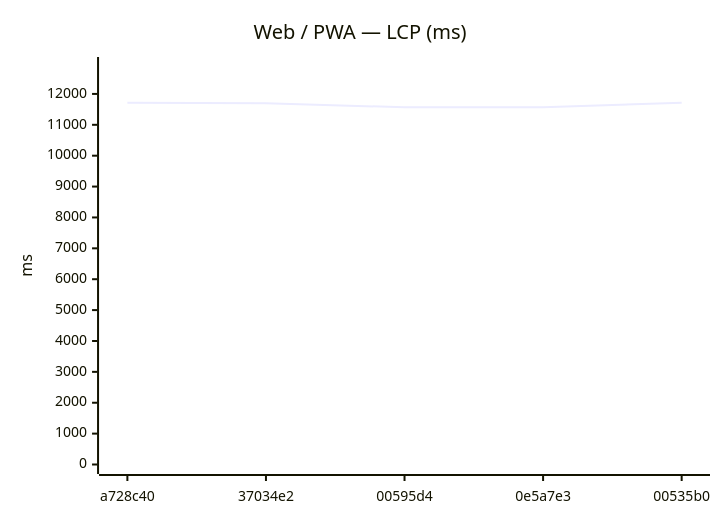
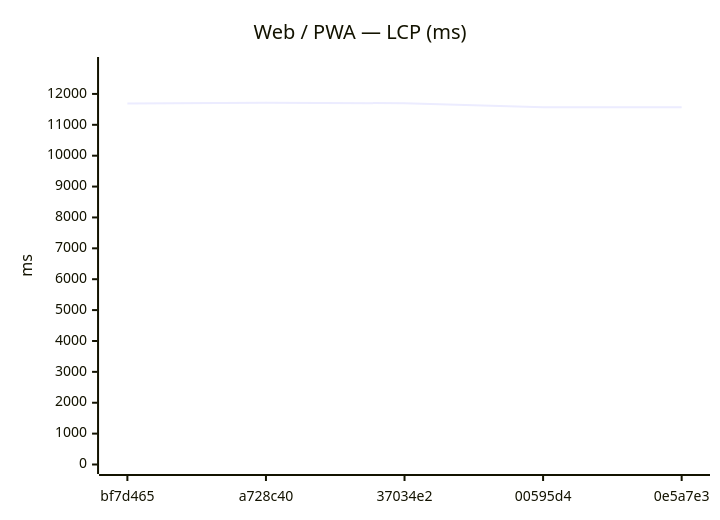
One commit to Metaheurist/Rianell changed the ninth of 24 diagrams in benchmarks/compare.md. Above: the diagram before and after it, drawn with Mermaid. The commit also changed other lines of this file and 12 other files, not shown here.

````diff
--- a/benchmarks/compare.md
+++ b/benchmarks/compare.md
@@ -140,7 +144,7 @@
 ```mermaid
 xychart-beta
     title "Web / PWA — LCP (ms)"
-    x-axis ["a728c40", "37034e2", "00595d4", "0e5a7e3", "00535b0"]
+    x-axis ["bf7d465", "a728c40", "37034e2", "00595d4", "0e5a7e3"]
     y-axis "ms" 0 --> 12888
-    line [11716, 11698, 11566, 11571, 11711]
+    line [11691, 11716, 11698, 11566, 11571]
 ```
````
